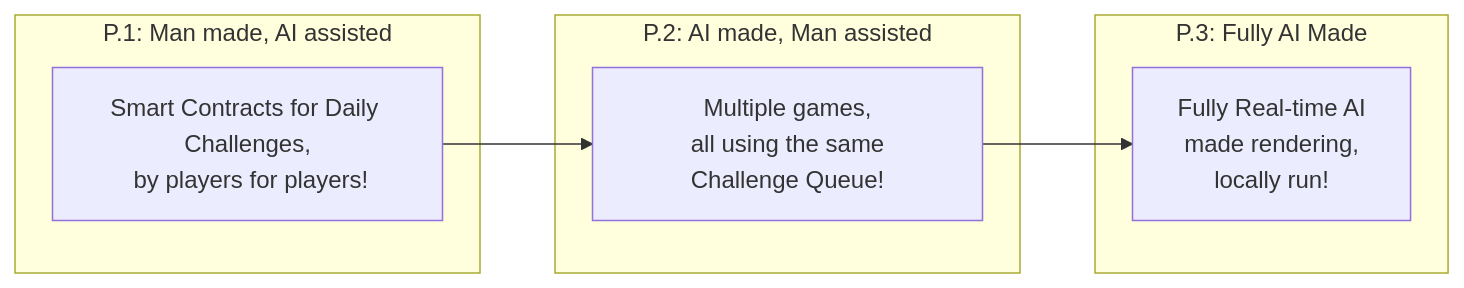
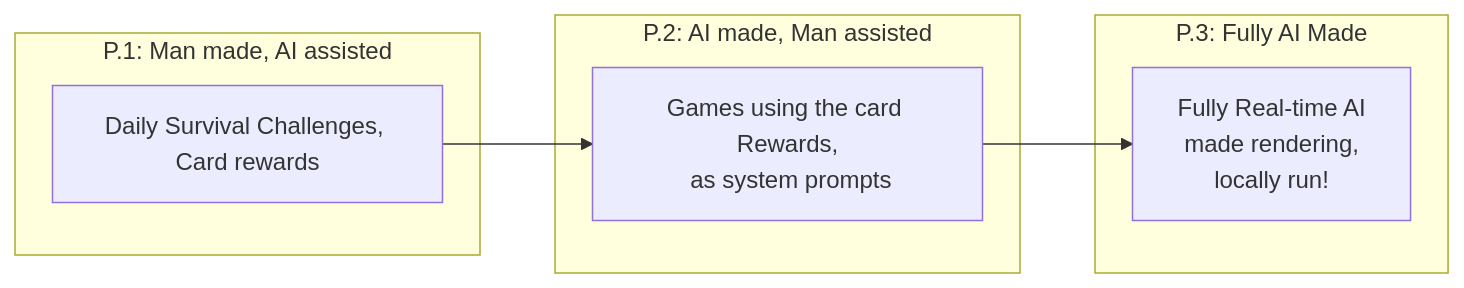
The fourth of 6 diagrams in README.md (OnChainSurvivor/OnChainSurvivor), drawn with Mermaid before and after one commit. The commit also changed other lines of this file, not shown here.

````diff
--- a/README.md
+++ b/README.md
@@ -43,14 +43,14 @@
 ```mermaid
 flowchart LR
     subgraph Phase1 [P.1: Man made, AI assisted]
-        A[Smart Contracts for Daily Challenges,<br> by players for players!]
+        A[Daily Survival Challenges, Card rewards]
     end
     subgraph Phase2 [P.2: AI made, Man assisted]
-        B[Multiple games,<br> all using the same Challenge Queue!]
+        B[Games using the card Rewards,<br> as system prompts]
     end
     subgraph Phase3 [P.3: Fully AI Made]
         C[Fully Real-time AI<br> made rendering,<br> locally run!]
     end
 
     A --> B --> C
 ```
````
